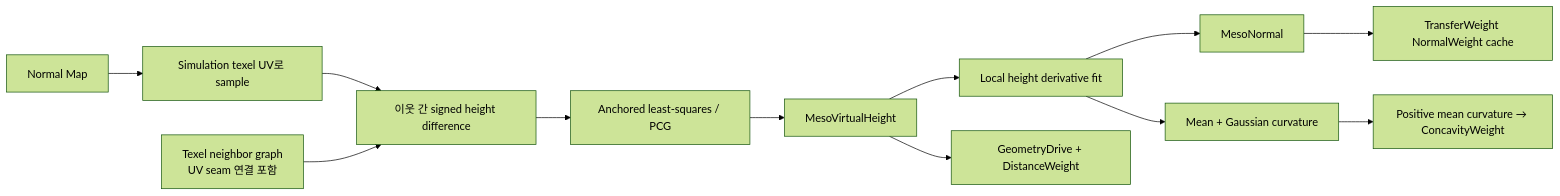
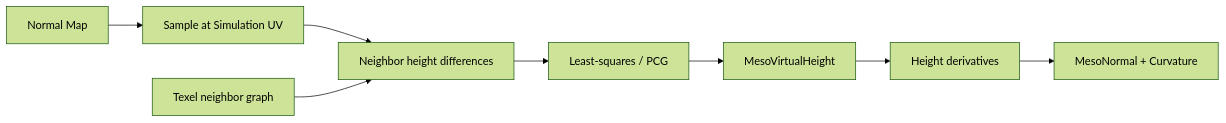
Before and after one commit to Yonaim/Material-Dependent-Surface-State-Engine: the second of 6 diagrams in Docs/MDSSP-Vault/04_Architecture/0004_Surface-Geometry.md, drawn with Mermaid (forest theme). The commit also changed other lines of this file and 55 other files, not shown here.

Commit message:
Docs: Flow Map과 Architecture 문서 체계 정리

````diff
--- a/Docs/MDSSP-Vault/04_Architecture/0004_Surface-Geometry.md
+++ b/Docs/MDSSP-Vault/04_Architecture/0004_Surface-Geometry.md
@@ -58,14 +64,10 @@
 ```mermaid
 flowchart LR
-  Map["Normal Map"] --> Sample["Simulation texel UV로 sample"]
-  Sample --> Edge["이웃 간 signed height difference"]
-  Neighbor["Texel neighbor graph\nUV seam 연결 포함"] --> Edge
-  Edge --> Solve["Anchored least-squares / PCG"]
+  Map["Normal Map"] --> Sample["Sample at Simulation UV"]
+  Sample --> Edges["Neighbor height differences"]
+  Neighbors["Texel neighbor graph"] --> Edges
+  Edges --> Solve["Least-squares / PCG"]
   Solve --> Height["MesoVirtualHeight"]
-  Height --> Derivative["Local height derivative fit"]
-  Derivative --> Normal["MesoNormal"]
-  Derivative --> Curvature["Mean + Gaussian curvature"]
-  Curvature --> Concavity["Positive mean curvature → ConcavityWeight"]
-  Height --> GeometryDrive["GeometryDrive + DistanceWeight"]
-  Normal --> Transfer["TransferWeight NormalWeight cache"]
+  Height --> Derivatives["Height derivatives"]
+  Derivatives --> Outputs["MesoNormal + Curvature"]
 ```
````
